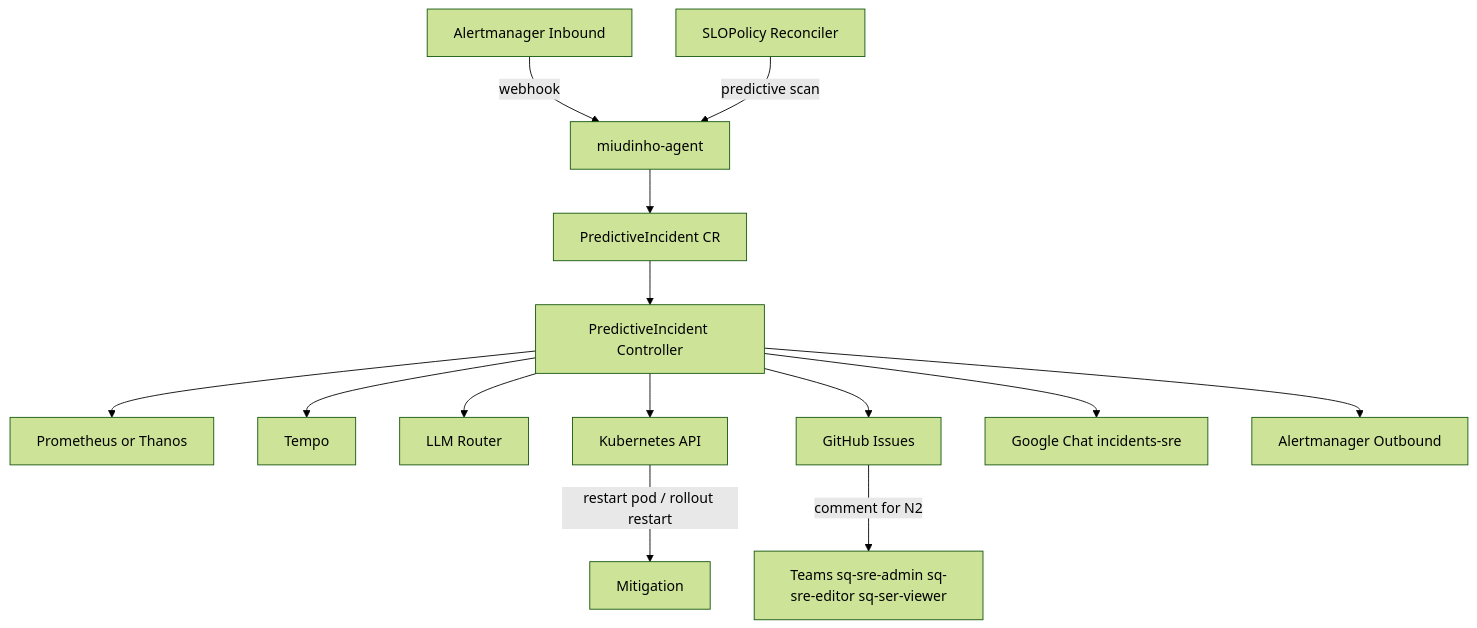
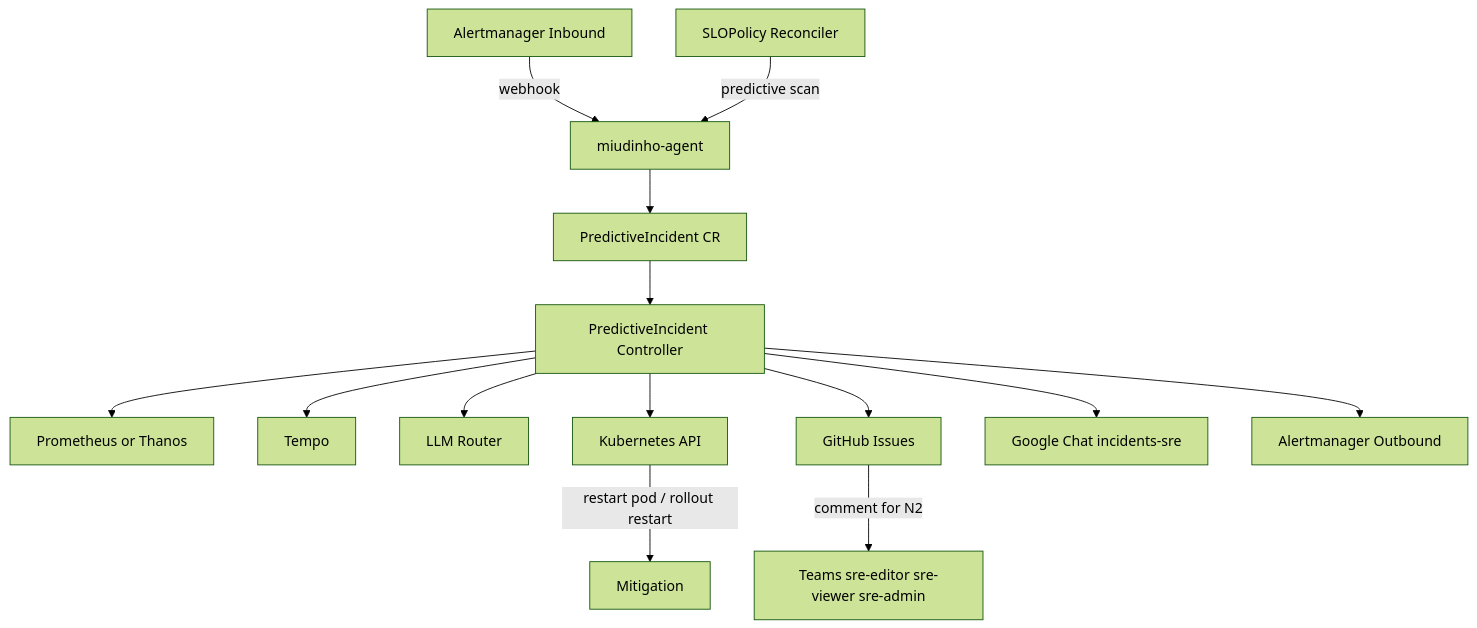
Before and after one commit to wellbastos/miudinho-agent: the diagram in README.md, drawn with Mermaid (forest theme). The commit also changed other lines of this file and 4 other files, not shown here.

````diff
--- a/README.md
+++ b/README.md
@@ -50,20 +50,20 @@
 ```mermaid
 flowchart TD
     AMIN[Alertmanager Inbound] -->|webhook| OP[miudinho-agent]
     SLO[SLOPolicy Reconciler] -->|predictive scan| OP
 
     OP --> PI[PredictiveIncident CR]
     PI --> PIC[PredictiveIncident Controller]
 
     PIC --> PROM[Prometheus or Thanos]
     PIC --> TEMPO[Tempo]
     PIC --> LLM[LLM Router]
     PIC --> K8S[Kubernetes API]
 
     PIC --> GH[GitHub Issues]
     PIC --> CHAT[Google Chat incidents-sre]
     PIC --> AMOUT[Alertmanager Outbound]
 
     K8S -->|restart pod / rollout restart| ACT[Mitigation]
-    GH -->|comment for N2| N2[Teams sq-sre-admin sq-sre-editor sq-ser-viewer]
+    GH -->|comment for N2| N2[Teams sre-editor sre-viewer sre-admin]
 ```
````
